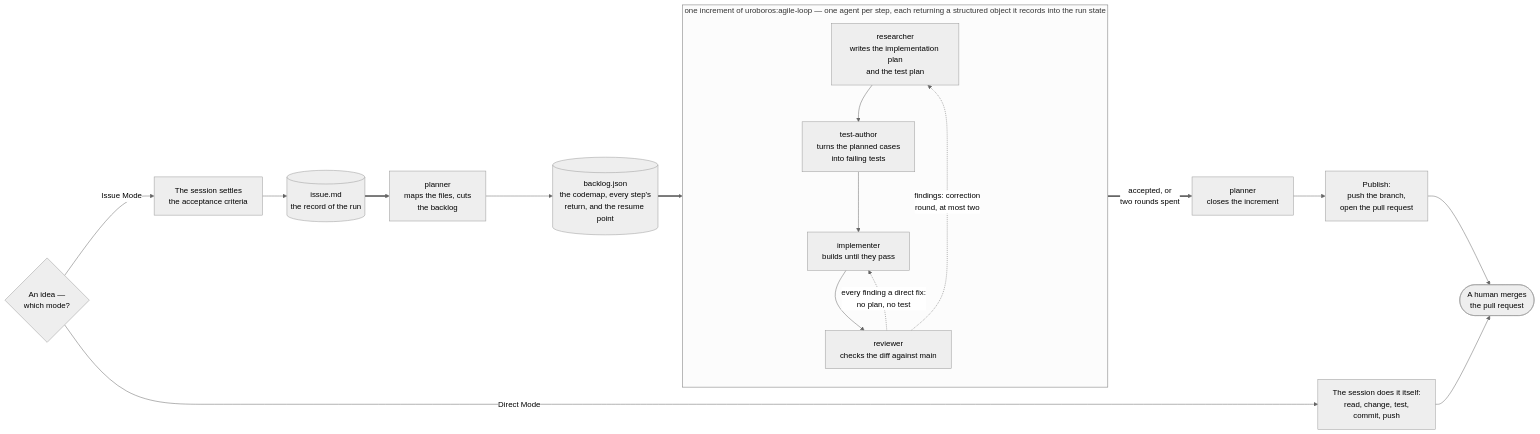
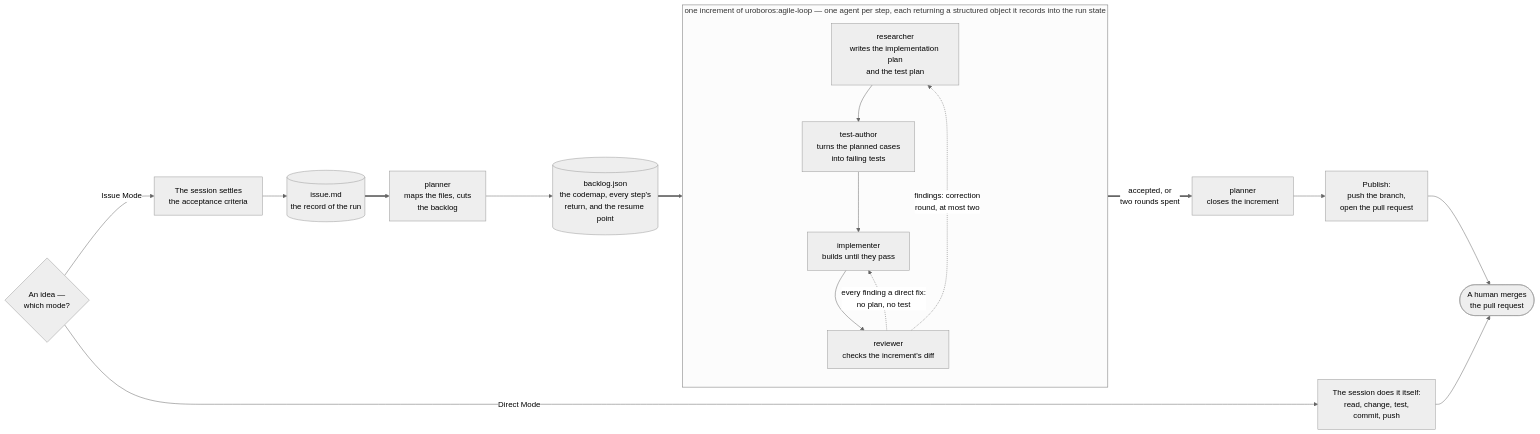
Before and after one commit to artkoenig/athena: the first of 4 diagrams in README.md, drawn with Mermaid (neutral theme). The commit also changed other lines of this file and 10 other files, not shown here.

````diff
--- a/README.md
+++ b/README.md
@@ -27,26 +27,26 @@
 ```mermaid
 flowchart LR
     MODE{"An idea —<br/>which mode?"}
     MODE -->|"Direct Mode"| DIRECT["The session does it itself:<br/>read, change, test,<br/>commit, push"]
     MODE -->|"Issue Mode"| CRIT["The session settles<br/>the acceptance criteria"]
     CRIT --> ISSUE[("issue.md<br/>the record of the run")]
     ISSUE ==> OPEN["planner<br/>maps the files, cuts<br/>the backlog"]
     OPEN --> STATE[("backlog.json<br/>the codemap, every step's<br/>return, and the resume point")]
     STATE ==> RES
 
     subgraph LOOP["one increment of uroboros:agile-loop — one agent per step, each returning a structured object it records into the run state"]
         direction TB
         RES["researcher<br/>writes the implementation plan<br/>and the test plan"]
         TEST["test-author<br/>turns the planned cases<br/>into failing tests"]
         IMPL["implementer<br/>builds until they pass"]
-        REV["reviewer<br/>checks the diff against main"]
+        REV["reviewer<br/>checks the increment's diff"]
         RES --> TEST --> IMPL --> REV
         REV -.->|"findings: correction<br/>round, at most two"| RES
         REV -.->|"every finding a direct fix:<br/>no plan, no test"| IMPL
     end
 
     REV ==>|"accepted, or<br/>two rounds spent"| CLOSE["planner<br/>closes the increment"]
     CLOSE --> PUB["Publish:<br/>push the branch,<br/>open the pull request"]
     PUB --> MERGE(["A human merges<br/>the pull request"])
     DIRECT --> MERGE
 ```
````
